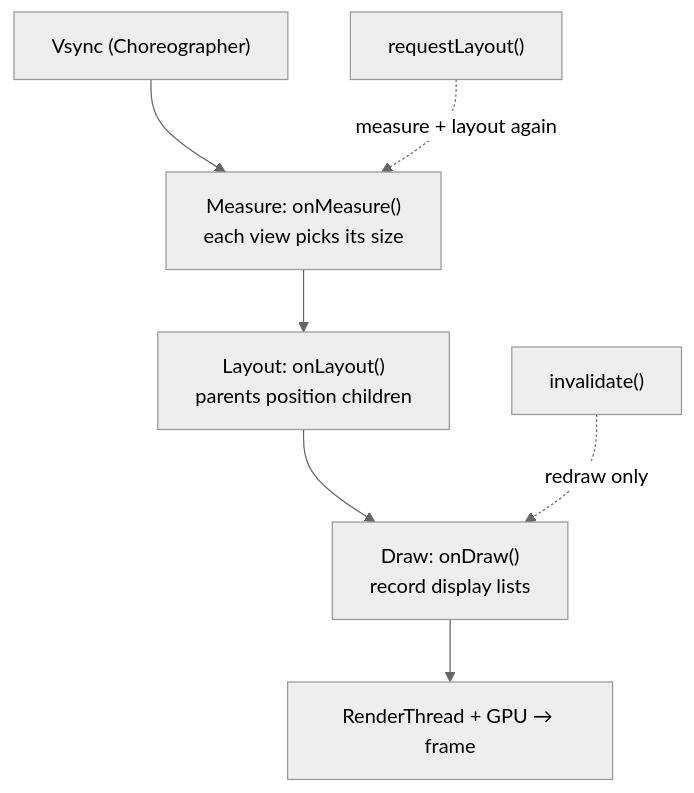
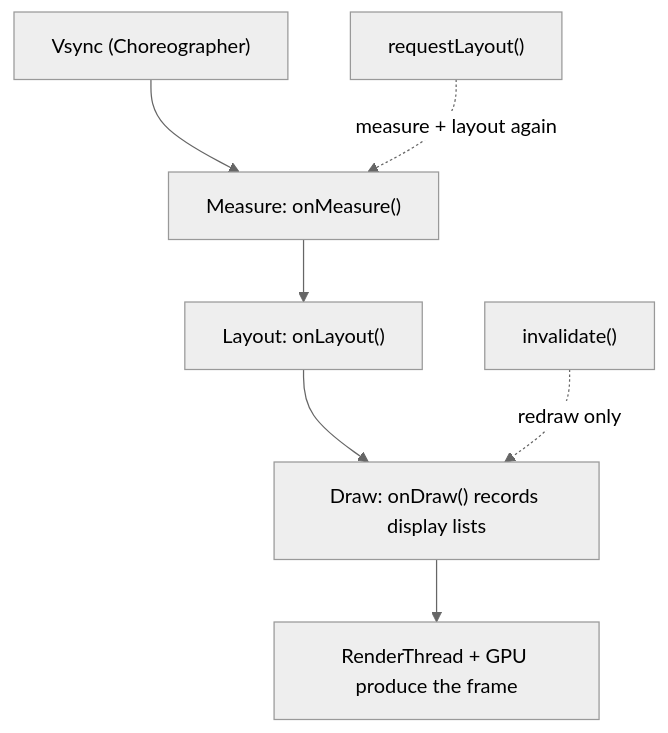
One commit to AkshayAshokCode/Android-Interview-Questions-cheat-sheet changed the second of 12 diagrams in topics/10-ui-views.md. Above: the diagram before and after it, drawn with Mermaid (neutral theme). The commit also changed other lines of this file and 21 other files, not shown here.

````diff
--- a/topics/10-ui-views.md
+++ b/topics/10-ui-views.md
@@ -31,9 +77,9 @@
 ```mermaid
 flowchart TD
-    V["Vsync (Choreographer)"] --> M["Measure: onMeasure()<br/>each view picks its size"]
-    M --> L["Layout: onLayout()<br/>parents position children"]
-    L --> D["Draw: onDraw()<br/>record display lists"]
-    D --> RT["RenderThread + GPU → frame"]
+    V["Vsync (Choreographer)"] --> M["Measure: onMeasure()"]
+    M --> L["Layout: onLayout()"]
+    L --> D["Draw: onDraw() records display lists"]
+    D --> RT["RenderThread + GPU produce the frame"]
     I["invalidate()"] -.->|"redraw only"| D
     RL["requestLayout()"] -.->|"measure + layout again"| M
 ```
````
